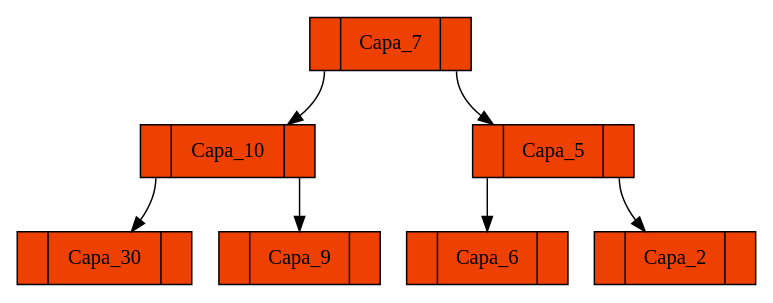
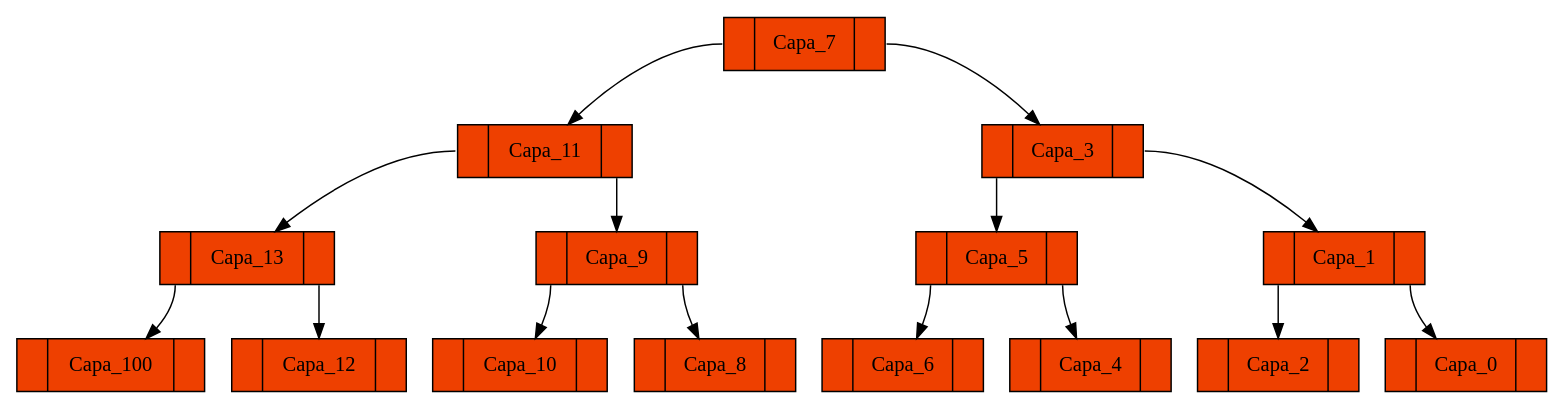
The diagram in [EDD]Proyecto1_201603127/ABB_Espejo.dot (Cascarus/-EDD-Proyecto1_201603127), drawn with Graphviz before and after one commit. The commit also changed 44 other files, not shown here.

```diff
--- a/[EDD]Proyecto1_201603127/ABB_Espejo.dot
+++ b/[EDD]Proyecto1_201603127/ABB_Espejo.dot
@@ -1,23 +1,47 @@
 digraph g{
 	node [shape=record,width=.9,height=.5,style=filled,fillcolor=orangered2];
-	Node7:C0->Node10; 
-	Node7:C1->Node5; 
-	Node10:C0->Node30; 
-	Node10:C1->Node9; 
+	Node7:C0->Node11; 
+	Node7:C1->Node3; 
+	Node11:C0->Node13; 
+	Node11:C1->Node9; 
+	Node13:C0->Node100; 
+	Node13:C1->Node12; 
 
- 	Node30[label = "<C0>|Capa_30|<C1>"] 
+ 	Node100[label = "<C0>|Capa_100|<C1>"] 
+
+ 	Node12[label = "<C0>|Capa_12|<C1>"] 
+
+ 	Node13[label = "<C0>|Capa_13|<C1>"] 
+	Node9:C0->Node10; 
+	Node9:C1->Node8; 
+
+ 	Node10[label = "<C0>|Capa_10|<C1>"] 
+
+ 	Node8[label = "<C0>|Capa_8|<C1>"] 
 
  	Node9[label = "<C0>|Capa_9|<C1>"] 
 
- 	Node10[label = "<C0>|Capa_10|<C1>"] 
+ 	Node11[label = "<C0>|Capa_11|<C1>"] 
+	Node3:C0->Node5; 
+	Node3:C1->Node1; 
 	Node5:C0->Node6; 
-	Node5:C1->Node2; 
+	Node5:C1->Node4; 
 
  	Node6[label = "<C0>|Capa_6|<C1>"] 
 
+ 	Node4[label = "<C0>|Capa_4|<C1>"] 
+
+ 	Node5[label = "<C0>|Capa_5|<C1>"] 
+	Node1:C0->Node2; 
+	Node1:C1->Node0; 
+
  	Node2[label = "<C0>|Capa_2|<C1>"] 
 
- 	Node5[label = "<C0>|Capa_5|<C1>"] 
+ 	Node0[label = "<C0>|Capa_0|<C1>"] 
+
+ 	Node1[label = "<C0>|Capa_1|<C1>"] 
+
+ 	Node3[label = "<C0>|Capa_3|<C1>"] 
 
  	Node7[label = "<C0>|Capa_7|<C1>"] 
 }
```
